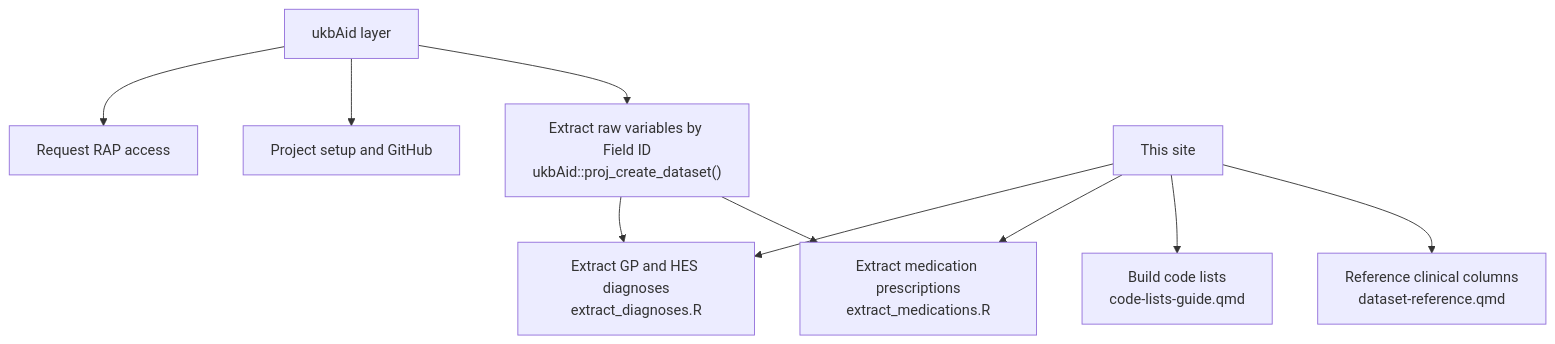
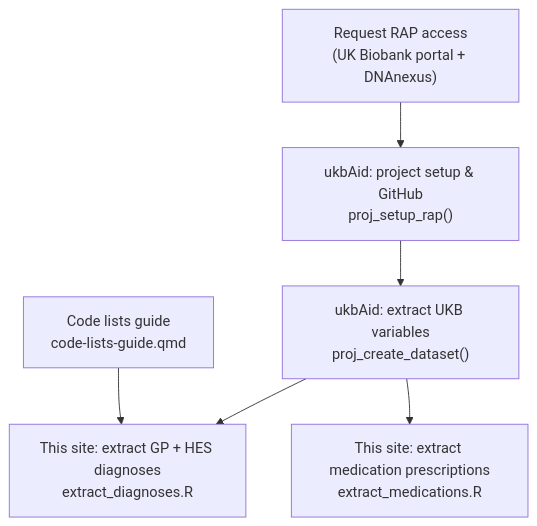
One commit to saras-clin/UKB_help changed the diagram in docs/index.qmd. Above: the diagram before and after it, drawn with Mermaid. The commit also changed 5 other files, not shown here.

First line of the commit message:
Improve script commenting, fix diagram accuracy, update headlines and code-lists guide

````diff
--- a/docs/index.qmd
+++ b/docs/index.qmd
@@ -123,14 +123,9 @@
 ```{mermaid}
 flowchart TD
-    A[ukbAid layer] --> B[Request RAP access]
-    A --> C[Project setup and GitHub]
-    A --> D["Extract raw variables by Field ID<br/>ukbAid::proj_create_dataset()"]
-
-    E[This site] --> F["Extract GP and HES diagnoses<br/>extract_diagnoses.R"]
-    E --> G["Extract medication prescriptions<br/>extract_medications.R"]
-    E --> H["Build code lists<br/>code-lists-guide.qmd"]
-    E --> I["Reference clinical columns<br/>dataset-reference.qmd"]
-
-    D --> F
-    D --> G
+    A["Request RAP access<br/>(UK Biobank portal + DNAnexus)"]
+    A --> B["ukbAid: project setup & GitHub<br/>proj_setup_rap()"]
+    B --> C["ukbAid: extract UKB variables<br/>proj_create_dataset()"]
+    C --> D["This site: extract GP + HES diagnoses<br/>extract_diagnoses.R"]
+    C --> E["This site: extract medication prescriptions<br/>extract_medications.R"]
+    F["Code lists guide<br/>code-lists-guide.qmd"] --> D
 ```
````
